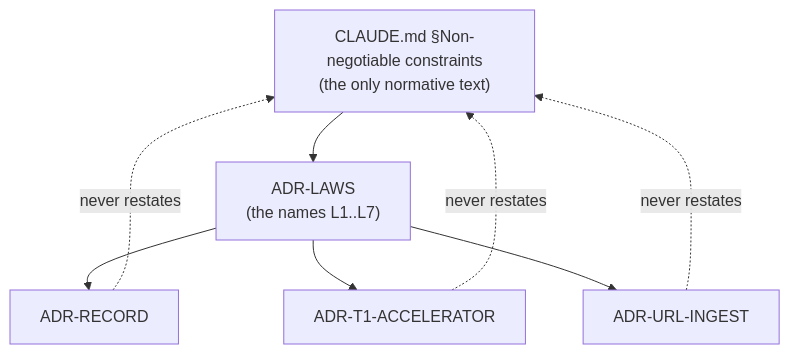
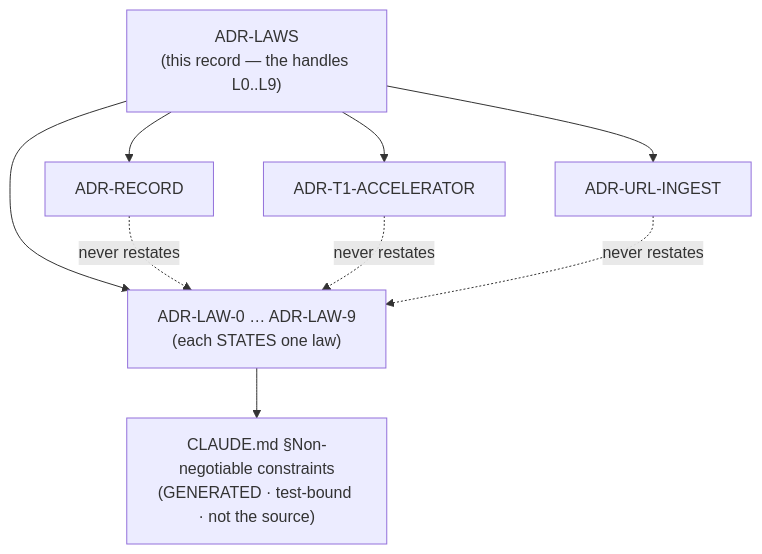
Before and after one commit to arpitarya/fux: the diagram in docs/adr/0001_LAWS.md, drawn with Mermaid. The commit also changed other lines of this file and 190 other files, not shown here.

````diff
--- a/docs/adr/0001_LAWS.md
+++ b/docs/adr/0001_LAWS.md
@@ -60,15 +64,17 @@
 ```mermaid
 flowchart TD
-    L["CLAUDE.md §Non-negotiable constraints<br/>(the only normative text)"]
-    N["ADR-LAWS<br/>(the names L1..L7)"]
+    N["ADR-LAWS<br/>(this record — the handles L0..L9)"]
+    W["ADR-LAW-0 … ADR-LAW-9<br/>(each STATES one law)"]
+    L["CLAUDE.md §Non-negotiable constraints<br/>(GENERATED · test-bound · not the source)"]
     A["ADR-RECORD"]
     B["ADR-T1-ACCELERATOR"]
     C["ADR-URL-INGEST"]
-    L --> N
+    N --> W
+    W --> L
     N --> A
     N --> B
     N --> C
-    A -. "never restates" .-> L
-    B -. "never restates" .-> L
-    C -. "never restates" .-> L
+    A -. "never restates" .-> W
+    B -. "never restates" .-> W
+    C -. "never restates" .-> W
 ```
````
